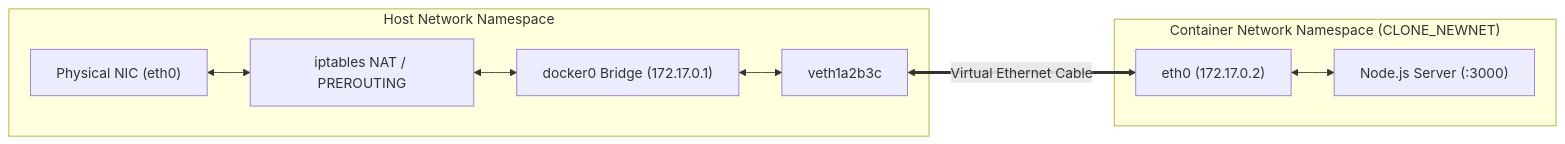
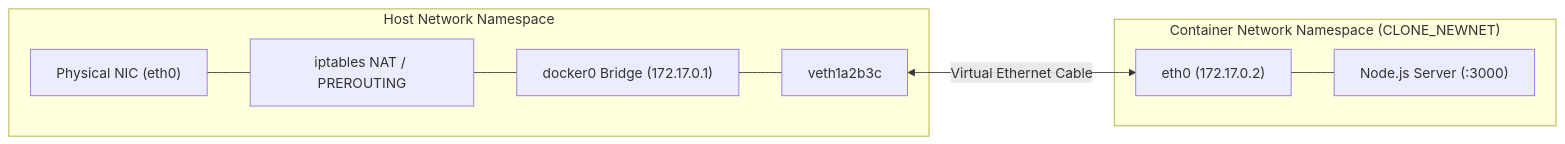
One commit to manthanank/learn-docker changed the second of 2 diagrams in README.md. Above: the diagram before and after it, drawn with Mermaid. The commit also changed other lines of this file and 1 other file, not shown here.

Commit message:
fix(docs): fix Mermaid diagram syntax and HTML tags for GitHub rich display

````diff
--- a/README.md
+++ b/README.md
@@ -317,20 +319,20 @@
 ```mermaid
 flowchart LR
     subgraph Host["Host Network Namespace"]
         Eth0["Physical NIC (eth0)"]
         IPTables["iptables NAT / PREROUTING"]
         Bridge["docker0 Bridge (172.17.0.1)"]
         VethHost["veth1a2b3c"]
-        Eth0 <--> IPTables
-        IPTables <--> Bridge
-        Bridge <--> VethHost
+        Eth0 --- IPTables
+        IPTables --- Bridge
+        Bridge --- VethHost
     end
 
     subgraph Container["Container Network Namespace (CLONE_NEWNET)"]
         VethContainer["eth0 (172.17.0.2)"]
         App["Node.js Server (:3000)"]
-        VethContainer <--> App
+        VethContainer --- App
     end
 
-    VethHost <== Virtual Ethernet Cable ==> VethContainer
+    VethHost <-->|Virtual Ethernet Cable| VethContainer
 ```
````
